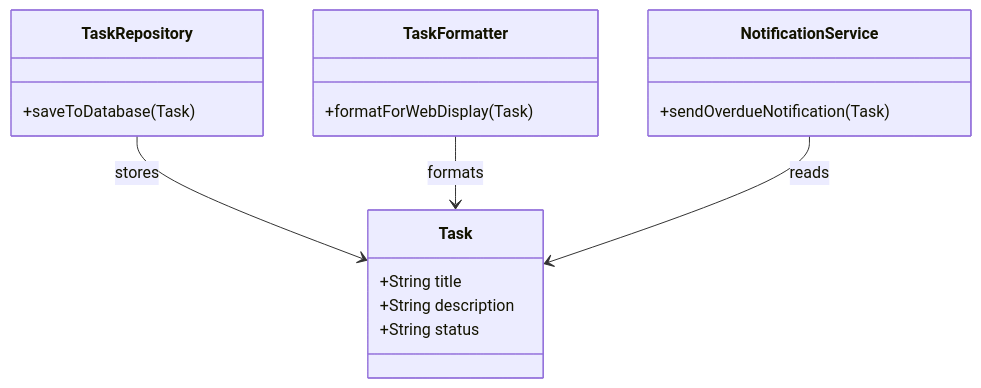
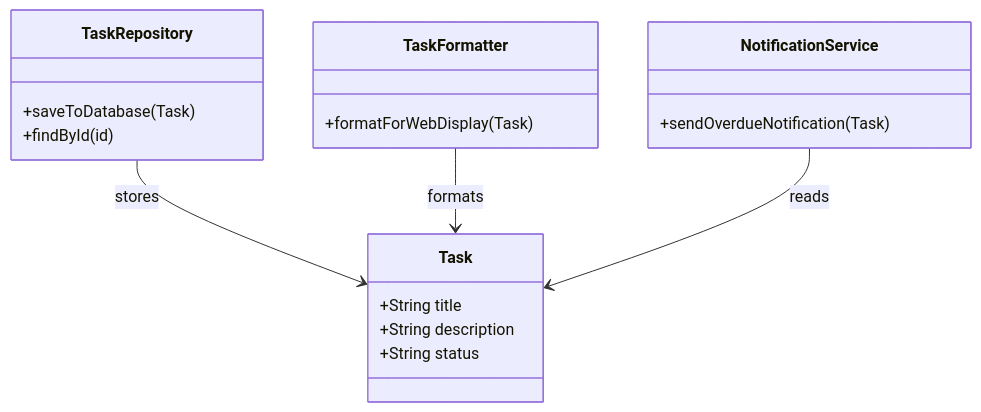
Before and after one commit to suli-g/stratum: the second of 10 diagrams in docs/level-1/L02.md, drawn with Mermaid. The commit also changed other lines of this file, not shown here.

````diff
--- a/docs/level-1/L02.md
+++ b/docs/level-1/L02.md
@@ -52,21 +69,22 @@
 ```{mermaid}
 classDiagram
     class Task {
         +String title
         +String description
         +String status
     }
     class TaskRepository {
         +saveToDatabase(Task)
+        +findById(id)
     }
     class TaskFormatter {
         +formatForWebDisplay(Task)
     }
     class NotificationService {
         +sendOverdueNotification(Task)
     }
 
     TaskRepository --> Task : stores
     TaskFormatter --> Task : formats
     NotificationService --> Task : reads
 ```
````
